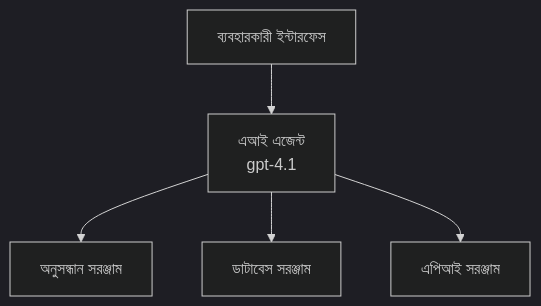
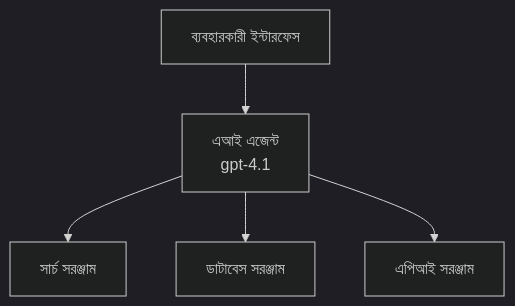
One commit to microsoft/AZD-for-beginners changed the first of 3 diagrams in translations/bn/docs/chapter-02-ai-development/agents.md. Above: the diagram before and after it, drawn with Mermaid (dark theme). The commit also changed other lines of this file and 101 other files, not shown here.

````diff
--- a/translations/bn/docs/chapter-02-ai-development/agents.md
+++ b/translations/bn/docs/chapter-02-ai-development/agents.md
@@ -152,7 +157,7 @@
 ```mermaid
 graph TD
     UI[ব্যবহারকারী ইন্টারফেস] --> Agent[এআই এজেন্ট<br/>gpt-4.1]
-    Agent --> Search[অনুসন্ধান সরঞ্জাম]
+    Agent --> Search[সার্চ সরঞ্জাম]
     Agent --> Database[ডাটাবেস সরঞ্জাম]
     Agent --> API[এপিআই সরঞ্জাম]
 ```
````
